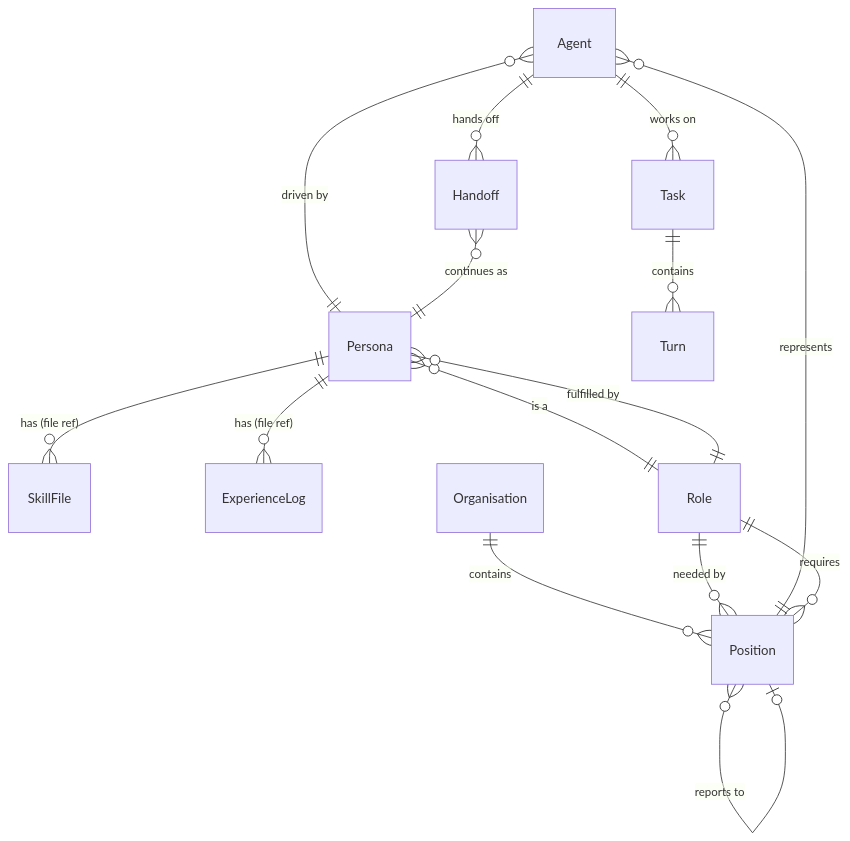
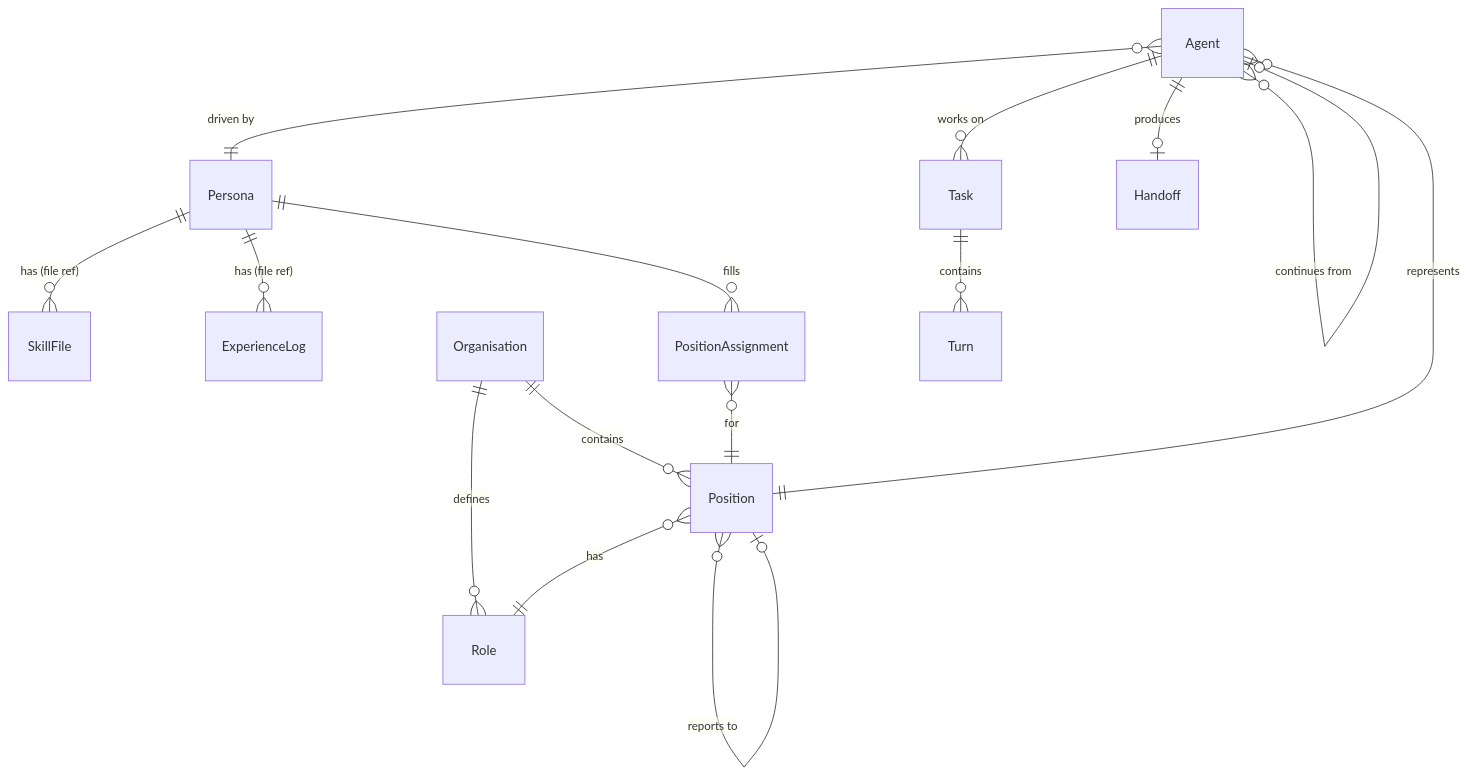
The diagram in docs/workshop/erds/headspace-org-erd-simplified.md (samotage/claude-headspace), drawn with Mermaid before and after one commit. The commit also changed other lines of this file and 16 other files, not shown here.

````diff
--- a/docs/workshop/erds/headspace-org-erd-simplified.md
+++ b/docs/workshop/erds/headspace-org-erd-simplified.md
@@ -10,23 +9,22 @@
 ```mermaid
 erDiagram
     Persona ||--o{ SkillFile : "has (file ref)"
     Persona ||--o{ ExperienceLog : "has (file ref)"
-    Persona }o--|| Role : "is a"
+    Persona ||--o{ PositionAssignment : "fills"
 
+    Organisation ||--o{ Role : "defines"
     Organisation ||--o{ Position : "contains"
 
-    Role ||--o{ Position : "needed by"
-    Role ||--o{ Persona : "fulfilled by"
+    Position }o--|| Role : "has"
+    Position }o--o| Position : "reports to"
 
-    Position }o--|| Role : "requires"
-    Position }o--o| Position : "reports to"
+    PositionAssignment }o--|| Position : "for"
 
     Agent }o--|| Persona : "driven by"
     Agent }o--|| Position : "represents"
+    Agent }o--o| Agent : "continues from"
     Agent ||--o{ Task : "works on"
-    Agent ||--o{ Handoff : "hands off"
+    Agent ||--o| Handoff : "produces"
 
     Task ||--o{ Turn : "contains"
-
-    Handoff }o--|| Persona : "continues as"
 ```
````
